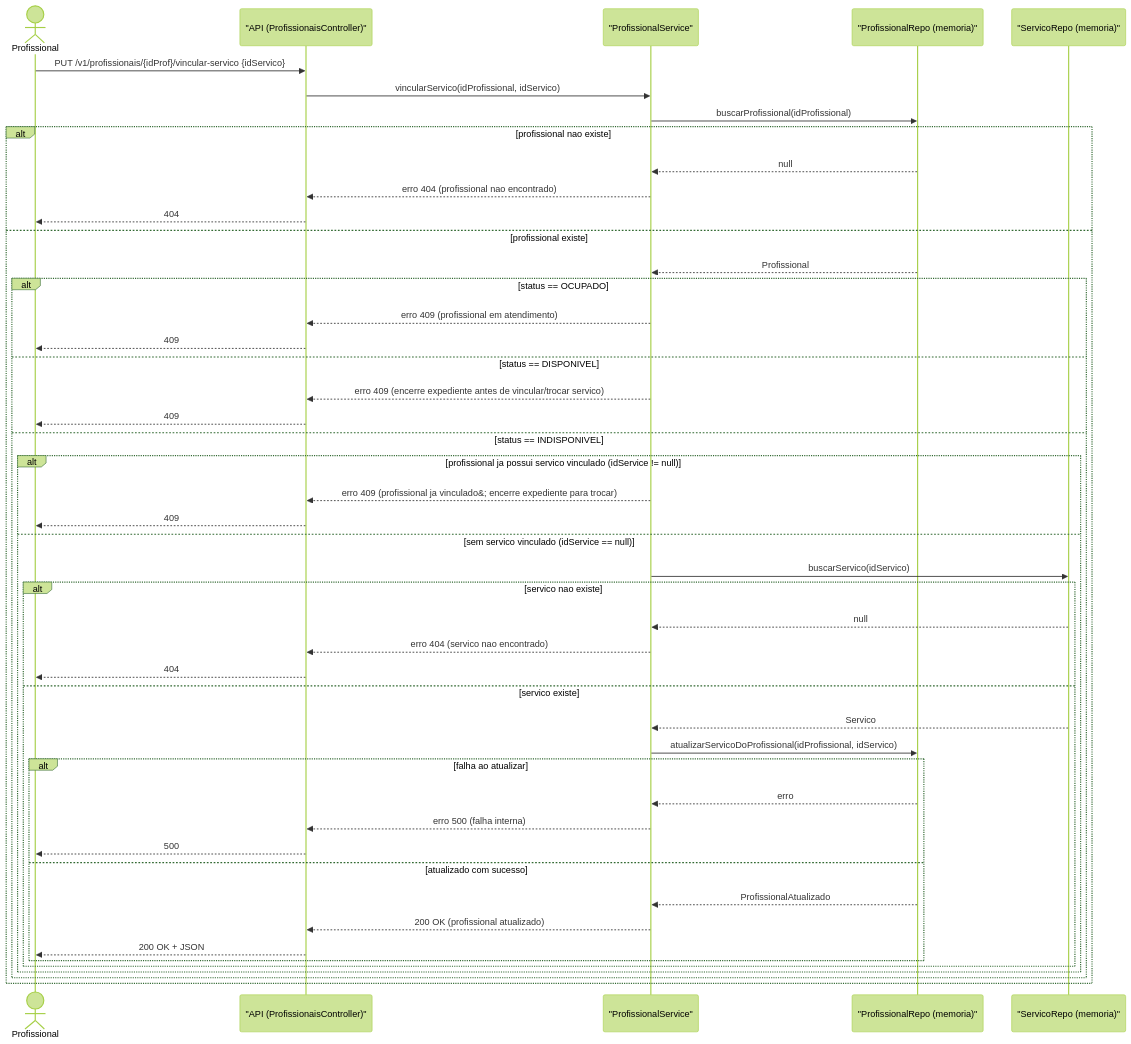
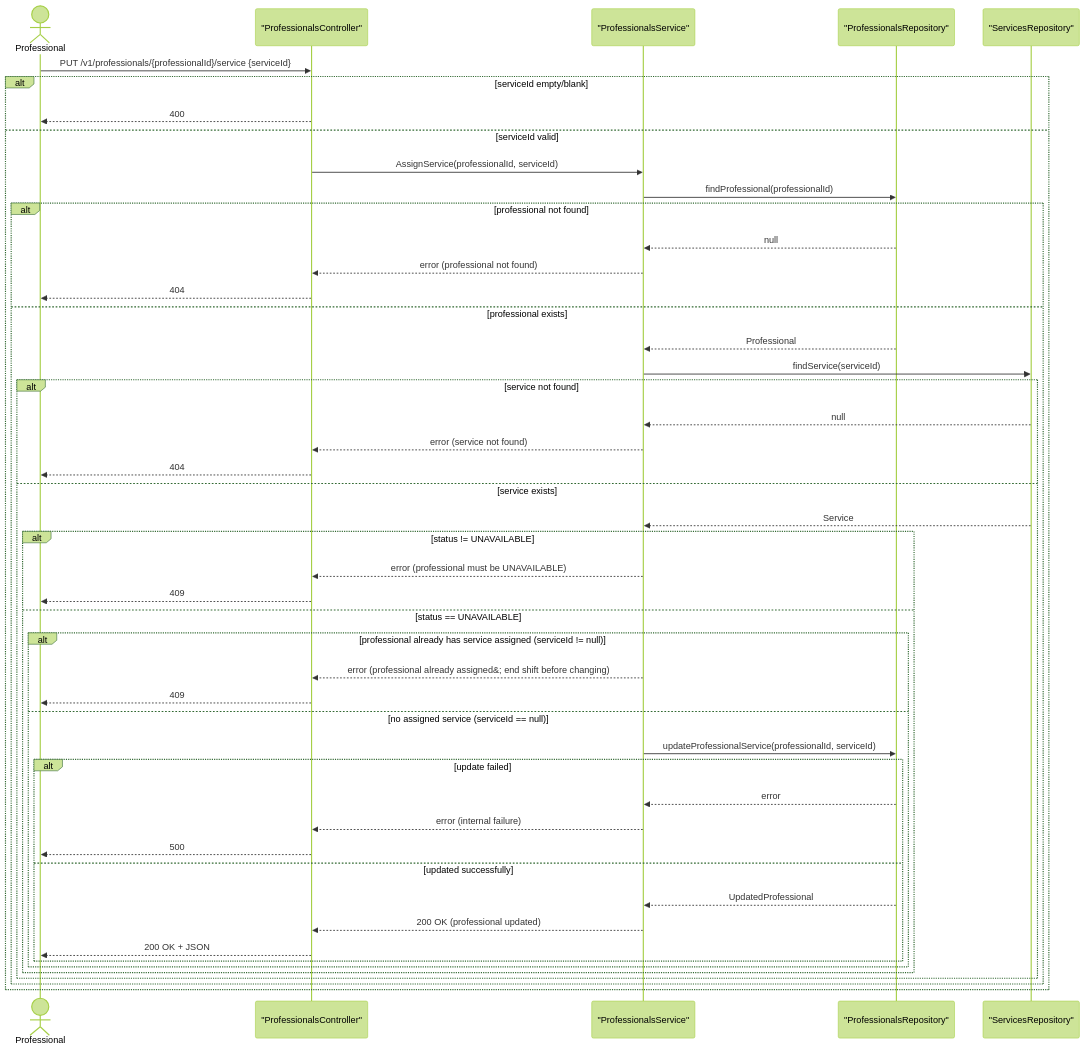
One commit to IsabelaSiqueira1/systemPDI changed the fifth of 11 diagrams in docs/sequence_diagram.md. Above: the diagram before and after it, drawn with Mermaid (forest theme). The commit also changed other lines of this file and 10 other files, not shown here.

Commit message:
refactor: update professional status terminology to English and improve error handling

````diff
--- a/docs/sequence_diagram.md
+++ b/docs/sequence_diagram.md
@@ -421,56 +423,57 @@
 ```mermaid
 
 sequenceDiagram
-    actor Prof as Profissional
-    participant API as "API (ProfissionaisController)"
-    participant SVC as "ProfissionalService"
-    participant PRepo as "ProfissionalRepo (memoria)"
-    participant SRepo as "ServicoRepo (memoria)"
+    actor Prof as Professional
+    participant API as "ProfessionalsController"
+    participant SVC as "ProfessionalsService"
+    participant PRepo as "ProfessionalsRepository"
+    participant SRepo as "ServicesRepository"
 
-    Prof->>API: PUT /v1/profissionais/{idProf}/vincular-servico {idServico}
-    API->>SVC: vincularServico(idProfissional, idServico)
+    Prof->>API: PUT /v1/professionals/{professionalId}/service {serviceId}
+    alt serviceId empty/blank
+        API-->>Prof: 400
+    else serviceId valid
+        API->>SVC: AssignService(professionalId, serviceId)
 
-    SVC->>PRepo: buscarProfissional(idProfissional)
-    alt profissional nao existe
-        PRepo-->>SVC: null
-        SVC-->>API: erro 404 (profissional nao encontrado)
-        API-->>Prof: 404
-    else profissional existe
-        PRepo-->>SVC: Profissional
+        SVC->>PRepo: findProfessional(professionalId)
+        alt professional not found
+            PRepo-->>SVC: null
+            SVC-->>API: error (professional not found)
+            API-->>Prof: 404
+        else professional exists
+            PRepo-->>SVC: Professional
 
-        alt status == OCUPADO
-            SVC-->>API: erro 409 (profissional em atendimento)
-            API-->>Prof: 409
-        else status == DISPONIVEL
-            SVC-->>API: erro 409 (encerre expediente antes de vincular/trocar servico)
-            API-->>Prof: 409
-        else status == INDISPONIVEL
+            SVC->>SRepo: findService(serviceId)
+            alt service not found
+                SRepo-->>SVC: null
+                SVC-->>API: error (service not found)
+                API-->>Prof: 404
+            else service exists
+                SRepo-->>SVC: Service
 
-            alt profissional ja possui servico vinculado (idService != null)
-                SVC-->>API: erro 409 (profissional ja vinculado&#59; encerre expediente para trocar)
-                API-->>Prof: 409
-            else sem servico vinculado (idService == null)
+                alt status != UNAVAILABLE
+                    SVC-->>API: error (professional must be UNAVAILABLE)
+                    API-->>Prof: 409
+                else status == UNAVAILABLE
 
-                SVC->>SRepo: buscarServico(idServico)
-                alt servico nao existe
-                    SRepo-->>SVC: null
-                    SVC-->>API: erro 404 (servico nao encontrado)
-                    API-->>Prof: 404
-                else servico existe
-                    SRepo-->>SVC: Servico
+                    alt professional already has service assigned (serviceId != null)
+                        SVC-->>API: error (professional already assigned&#59; end shift before changing)
+                        API-->>Prof: 409
+                    else no assigned service (serviceId == null)
 
-                    SVC->>PRepo: atualizarServicoDoProfissional(idProfissional, idServico)
-                    alt falha ao atualizar
-                        PRepo-->>SVC: erro
-                        SVC-->>API: erro 500 (falha interna)
-                        API-->>Prof: 500
-                    else atualizado com sucesso
-                        PRepo-->>SVC: ProfissionalAtualizado
-                        SVC-->>API: 200 OK (profissional atualizado)
-                        API-->>Prof: 200 OK + JSON
+                        SVC->>PRepo: updateProfessionalService(professionalId, serviceId)
+                        alt update failed
+                            PRepo-->>SVC: error
+                            SVC-->>API: error (internal failure)
+                            API-->>Prof: 500
+                        else updated successfully
+                            PRepo-->>SVC: UpdatedProfessional
+                            SVC-->>API: 200 OK (professional updated)
+                            API-->>Prof: 200 OK + JSON
+                        end
                     end
                 end
             end
         end
     end
 ```
````
